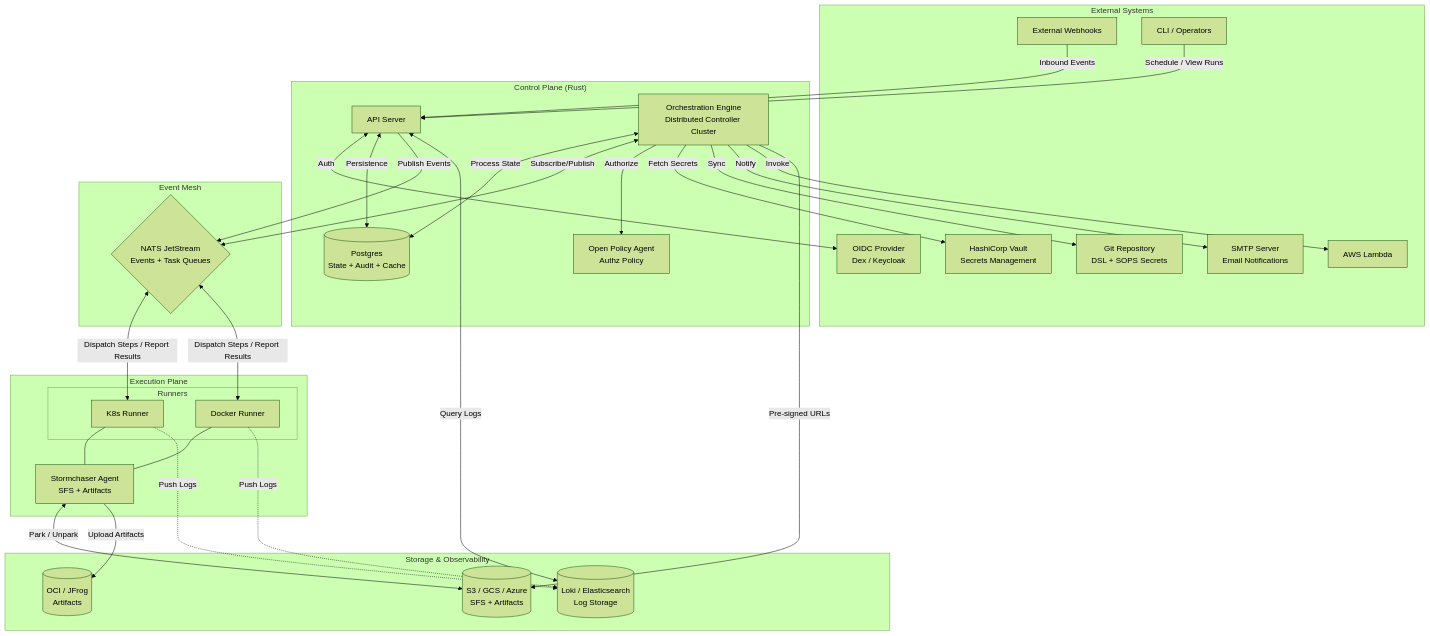
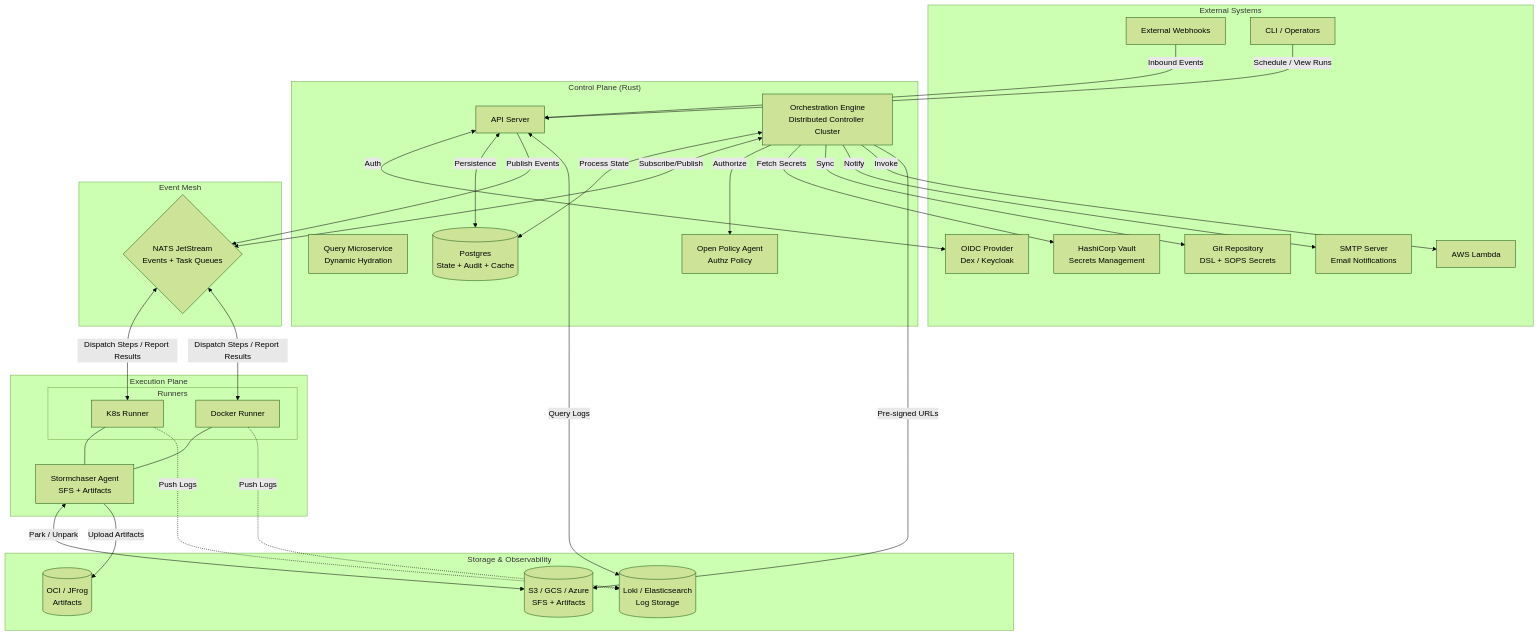
One commit to paninfracon/stormchaser changed the diagram in docs/architecture.mmd. Above: the diagram before and after it, drawn with Mermaid (forest theme). The commit also changed 186 other files, not shown here.

```diff
--- a/docs/architecture.mmd
+++ b/docs/architecture.mmd
@@ -1,63 +1,64 @@
 graph TD
     subgraph "External Systems"
         Git[Git Repository<br/>DSL + SOPS Secrets]
         Webhooks[External Webhooks]
         Users[CLI / Operators]
         OIDC[OIDC Provider<br/>Dex / Keycloak]
         Vault[HashiCorp Vault<br/>Secrets Management]
         SMTP[SMTP Server<br/>Email Notifications]
         Lambda[AWS Lambda]
     end
 
     subgraph "Control Plane (Rust)"
         API[API Server]
+        Query[Query Microservice<br/>Dynamic Hydration]
         Engine[Orchestration Engine<br/>Distributed Controller Cluster]
         DB[(Postgres<br/>State + Audit + Cache)]
         OPA[Open Policy Agent<br/>Authz Policy]
     end
 
     subgraph "Event Mesh"
         NATS{NATS JetStream<br/>Events + Task Queues}
     end
 
     subgraph "Execution Plane"
         subgraph "Runners"
             K8s[K8s Runner]
             Docker[Docker Runner]
         end
         Agent[Stormchaser Agent<br/>SFS + Artifacts]
     end
 
     subgraph "Storage & Observability"
         S3[(S3 / GCS / Azure<br/>SFS + Artifacts)]
         Registry[(OCI / JFrog<br/>Artifacts)]
         Logs[(Loki / Elasticsearch<br/>Log Storage)]
     end
 
     %% Flow and Interactions
     Users -->|Schedule / View Runs| API
     Webhooks -->|Inbound Events| API
     API <-->|Auth| OIDC
     API <-->|Persistence| DB
     API -->|Publish Events| NATS
     API <-->|Query Logs| Logs
 
     Engine <-->|Process State| DB
     Engine <-->|Subscribe/Publish| NATS
     Engine -->|Authorize| OPA
     Engine -->|Fetch Secrets| Vault
     Engine -->|Sync| Git
     Engine -->|Notify| SMTP
     Engine -->|Invoke| Lambda
     Engine -->|Pre-signed URLs| S3
 
     NATS <-->|Dispatch Steps / Report Results| K8s
     NATS <-->|Dispatch Steps / Report Results| Docker
 
     K8s --- Agent
     Docker --- Agent
 
     Agent <-->|Park / Unpark| S3
     Agent -->|Upload Artifacts| Registry
     K8s -.->|Push Logs| Logs
     Docker -.->|Push Logs| Logs
```
